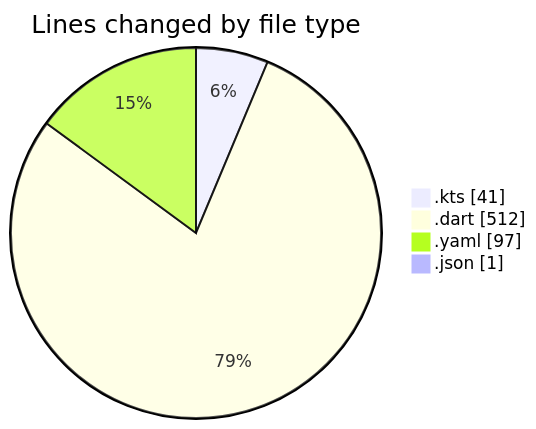
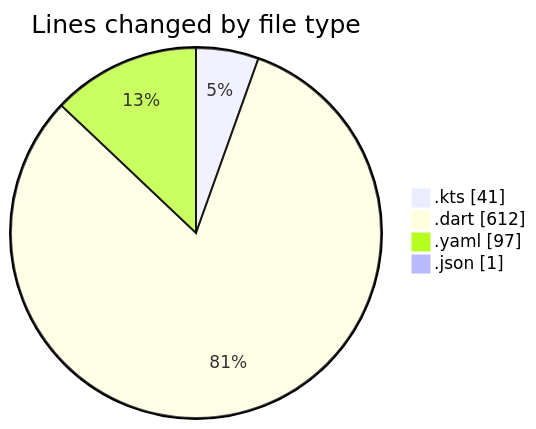
The first of 2 diagrams in 2025-10-20/weather_insights_app/README.md (donsfak/code-tracking), drawn with Mermaid before and after one commit. The commit also changed other lines of this file and 1 other file, not shown here.

````diff
--- a/2025-10-20/weather_insights_app/README.md
+++ b/2025-10-20/weather_insights_app/README.md
@@ -26,8 +26,8 @@
 ```mermaid
 pie showData
 title Lines changed by file type
 ".kts" : 41
-".dart" : 512
+".dart" : 612
 ".yaml" : 97
 ".json" : 1
 ```
````
